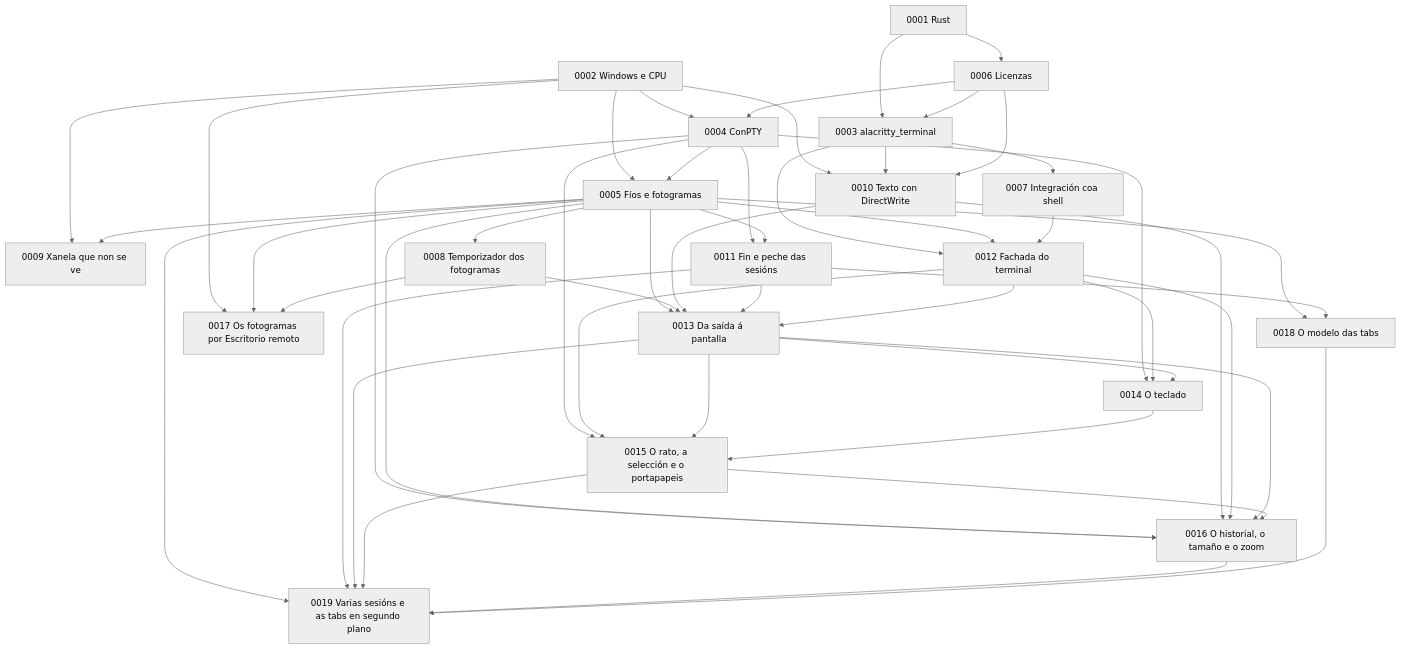
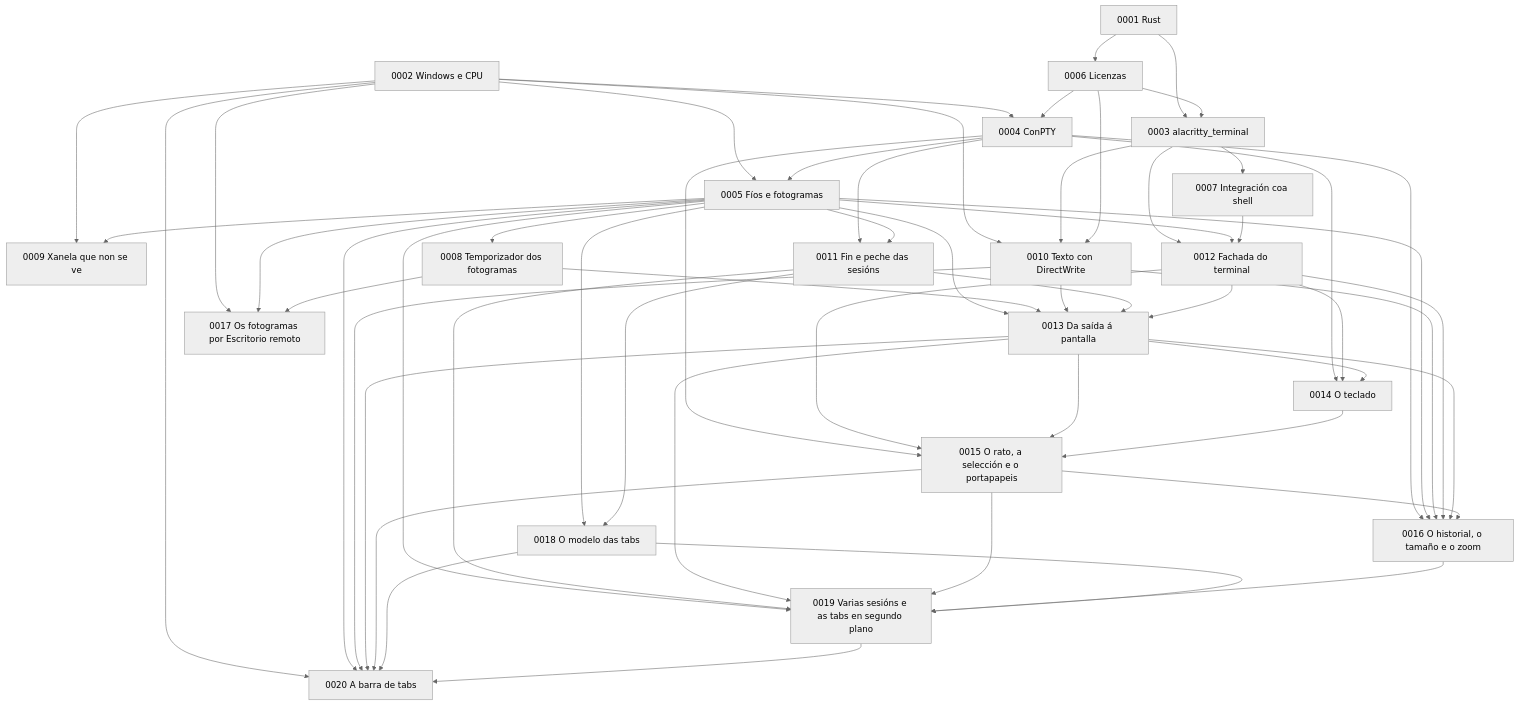
The diagram in docs/adr/README.md (NewHouses/meiga), drawn with Mermaid (neutral theme) before and after one commit. The commit also changed other lines of this file and 37 other files, not shown here.

````diff
--- a/docs/adr/README.md
+++ b/docs/adr/README.md
@@ -40,51 +41,58 @@
 ```mermaid
 graph TD
     A1["0001 Rust"] --> A3["0003 alacritty_terminal"]
     A1 --> A6["0006 Licenzas"]
     A2["0002 Windows e CPU"] --> A4["0004 ConPTY"]
     A2 --> A5["0005 Fíos e fotogramas"]
     A2 --> A9["0009 Xanela que non se ve"]
     A2 --> A10["0010 Texto con DirectWrite"]
     A3 --> A7["0007 Integración coa shell"]
     A3 --> A10
     A3 --> A12["0012 Fachada do terminal"]
     A4 --> A5
     A4 --> A11["0011 Fin e peche das sesións"]
     A5 --> A8["0008 Temporizador dos fotogramas"]
     A5 --> A9
     A5 --> A11
     A5 --> A12
     A6 --> A3
     A6 --> A4
     A6 --> A10
     A7 --> A12
     A5 --> A13["0013 Da saída á pantalla"]
     A8 --> A13
     A10 --> A13
     A11 --> A13
     A12 --> A13
     A4 --> A14["0014 O teclado"]
     A12 --> A14
     A13 --> A14
     A4 --> A15["0015 O rato, a selección e o portapapeis"]
     A12 --> A15
     A13 --> A15
     A14 --> A15
     A4 --> A16["0016 O historial, o tamaño e o zoom"]
     A5 --> A16
     A10 --> A16
     A12 --> A16
     A13 --> A16
     A15 --> A16
     A2 --> A17["0017 Os fotogramas por Escritorio remoto"]
     A5 --> A17
     A8 --> A17
     A5 --> A18["0018 O modelo das tabs"]
     A11 --> A18
     A5 --> A19["0019 Varias sesións e as tabs en segundo plano"]
     A11 --> A19
     A13 --> A19
     A15 --> A19
     A16 --> A19
     A18 --> A19
+    A2 --> A20["0020 A barra de tabs"]
+    A5 --> A20
+    A10 --> A20
+    A13 --> A20
+    A15 --> A20
+    A18 --> A20
+    A19 --> A20
 ```
````
